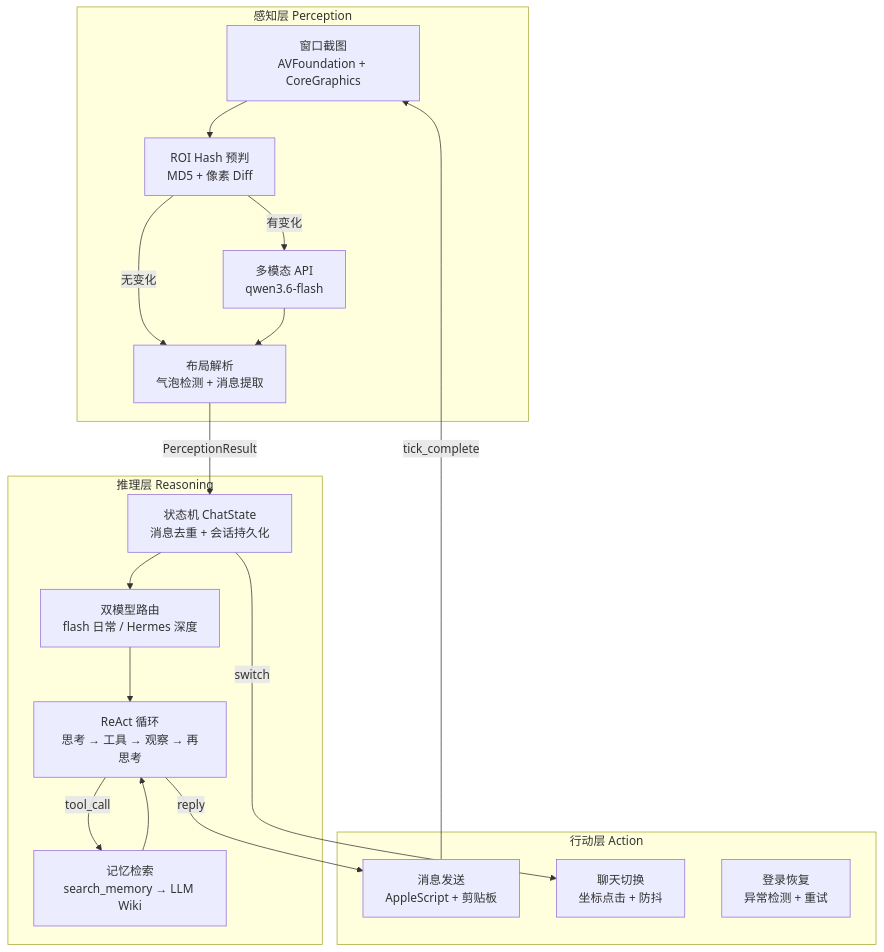
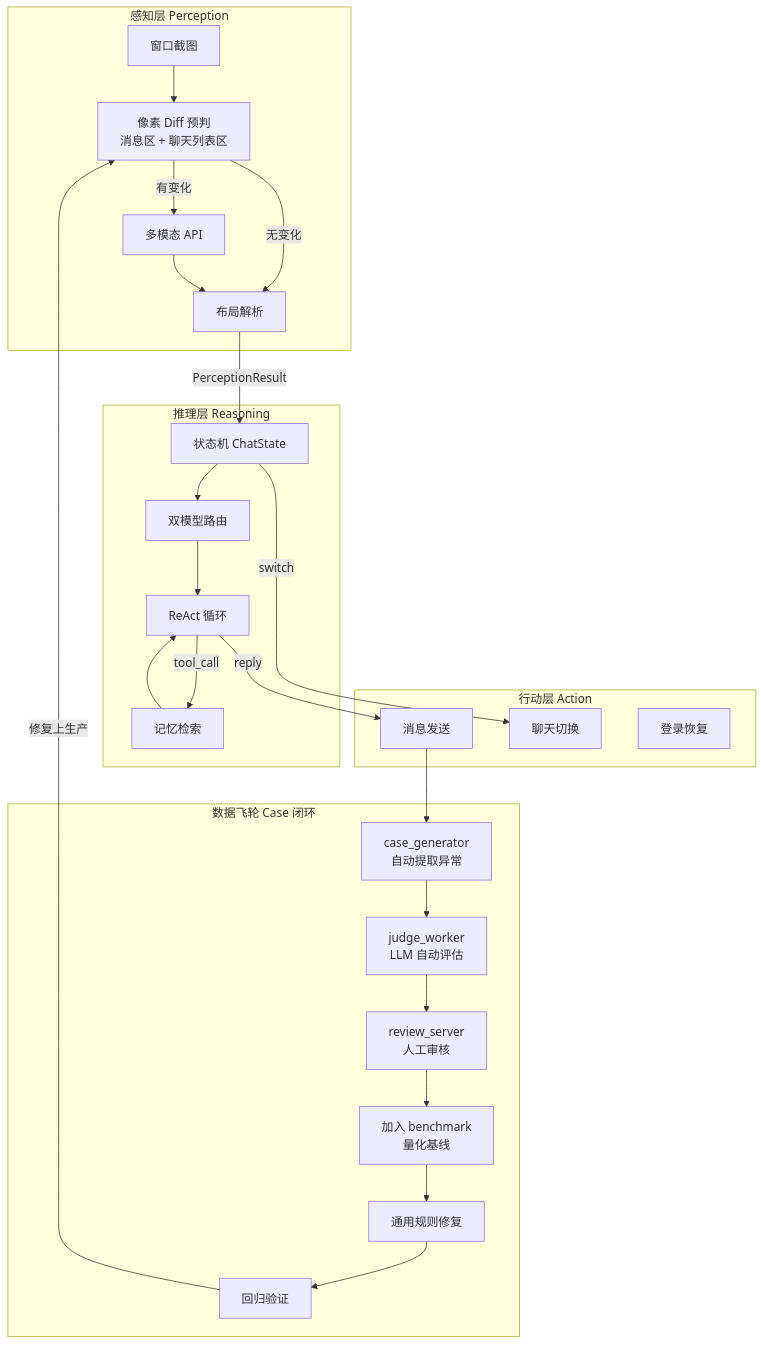
Before and after one commit to 899ms/wechat-mac-rpa: the first of 4 diagrams in README.md, drawn with Mermaid. The commit also changed other lines of this file, not shown here.

First line of the commit message:
docs: README 系统架构图加入数据飞轮；新增记忆系统逆向初始化；精简技术细节

````diff
--- a/README.md
+++ b/README.md
@@ -11,35 +11,46 @@
 ```mermaid
 graph TB
     subgraph Perception["感知层 Perception"]
-        P1["窗口截图<br/>AVFoundation + CoreGraphics"]
-        P2["ROI Hash 预判<br/>MD5 + 像素 Diff"]
-        P3["多模态 API<br/>qwen3.6-flash"]
-        P4["布局解析<br/>气泡检测 + 消息提取"]
+        P1["窗口截图"]
+        P2["像素 Diff 预判<br/>消息区 + 聊天列表区"]
+        P3["多模态 API"]
+        P4["布局解析"]
     end
 
     subgraph Reasoning["推理层 Reasoning"]
-        R1["状态机 ChatState<br/>消息去重 + 会话持久化"]
-        R2["双模型路由<br/>flash 日常 / Hermes 深度"]
-        R3["ReAct 循环<br/>思考 → 工具 → 观察 → 再思考"]
-        R4["记忆检索<br/>search_memory → LLM Wiki"]
+        R1["状态机 ChatState"]
+        R2["双模型路由"]
+        R3["ReAct 循环"]
+        R4["记忆检索"]
     end
 
     subgraph Action["行动层 Action"]
-        A1["消息发送<br/>AppleScript + 剪贴板"]
-        A2["聊天切换<br/>坐标点击 + 防抖"]
-        A3["登录恢复<br/>异常检测 + 重试"]
+        A1["消息发送"]
+        A2["聊天切换"]
+        A3["登录恢复"]
+    end
+
+    subgraph Flywheel["数据飞轮 Case 闭环"]
+        F1["case_generator<br/>自动提取异常"]
+        F2["judge_worker<br/>LLM 自动评估"]
+        F3["review_server<br/>人工审核"]
+        F4["加入 benchmark<br/>量化基线"]
+        F5["通用规则修复"]
+        F6["回归验证"]
     end
 
     P1 --> P2
     P2 -->|有变化| P3
     P2 -->|无变化| P4
     P3 --> P4
     P4 -->|PerceptionResult| R1
     R1 --> R2
     R2 --> R3
     R3 -->|tool_call| R4
     R4 --> R3
     R3 -->|reply| A1
     R1 -->|switch| A2
-    A1 -->|tick_complete| P1
+    A1 --> F1
+    F1 --> F2 --> F3 --> F4 --> F5 --> F6
+    F6 -->|修复上生产| P2
 ```
````
